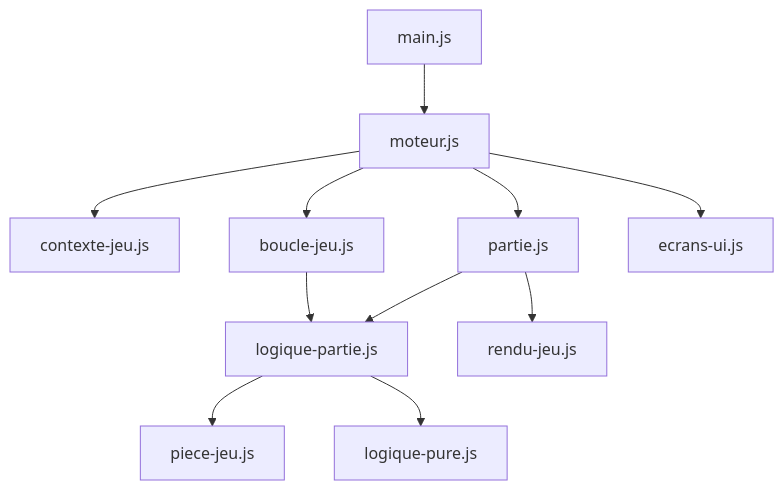
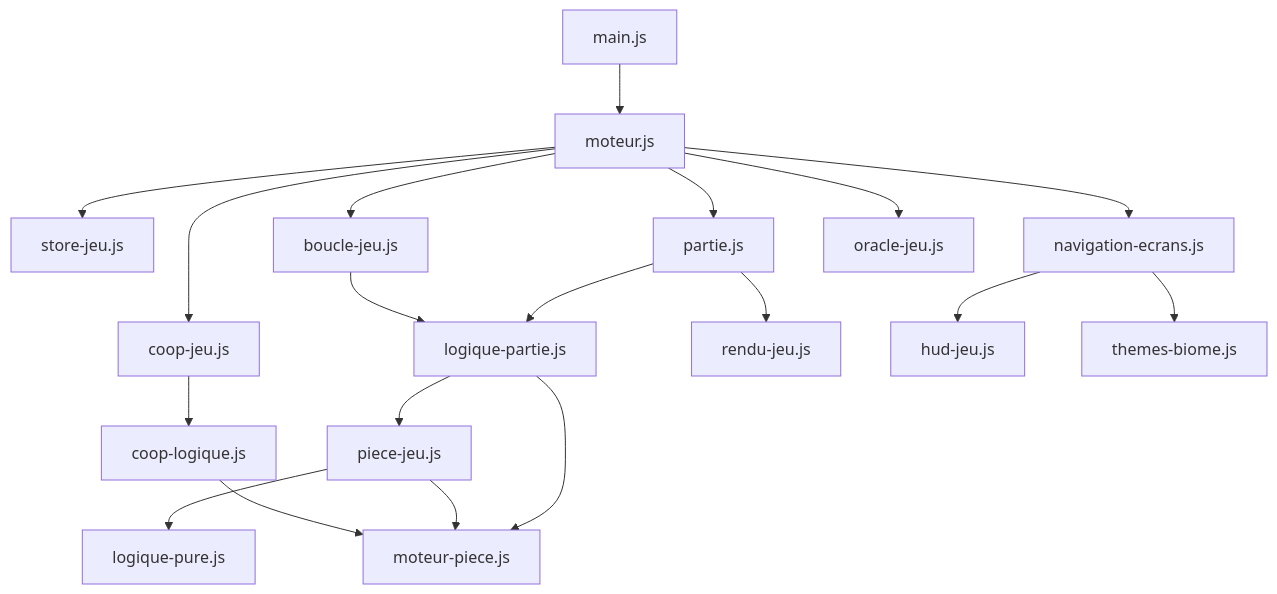
Before and after one commit to Jackavery1/Derni-re-ligne: the diagram in docs/architecture.md, drawn with Mermaid. The commit also changed other lines of this file and 61 other files, not shown here.

Commit message:
Ajout modules coop, architecte, modif architecture, maj doc

````diff
--- a/docs/architecture.md
+++ b/docs/architecture.md
@@ -7,13 +7,21 @@
 ```mermaid
 flowchart TD
     main[main.js] --> moteur[moteur.js]
-    moteur --> contexte[contexte-jeu.js]
+    moteur --> store[store-jeu.js]
     moteur --> partie[partie.js]
     moteur --> boucle[boucle-jeu.js]
+    moteur --> coop[coop-jeu.js]
     partie --> logiquePartie[logique-partie.js]
     boucle --> logiquePartie
     logiquePartie --> piece[piece-jeu.js]
-    logiquePartie --> logiquePure[logique-pure.js]
+    logiquePartie --> moteurPiece[moteur-piece.js]
+    piece --> moteurPiece
+    piece --> logiquePure[logique-pure.js]
+    coop --> coopLogique[coop-logique.js]
+    coopLogique --> moteurPiece
     partie --> rendu[rendu-jeu.js]
-    moteur --> ecrans[ecrans-ui.js]
+    moteur --> navigation[navigation-ecrans.js]
+    navigation --> hud[hud-jeu.js]
+    navigation --> themes[themes-biome.js]
+    moteur --> oracle[oracle-jeu.js]
 ```
````
